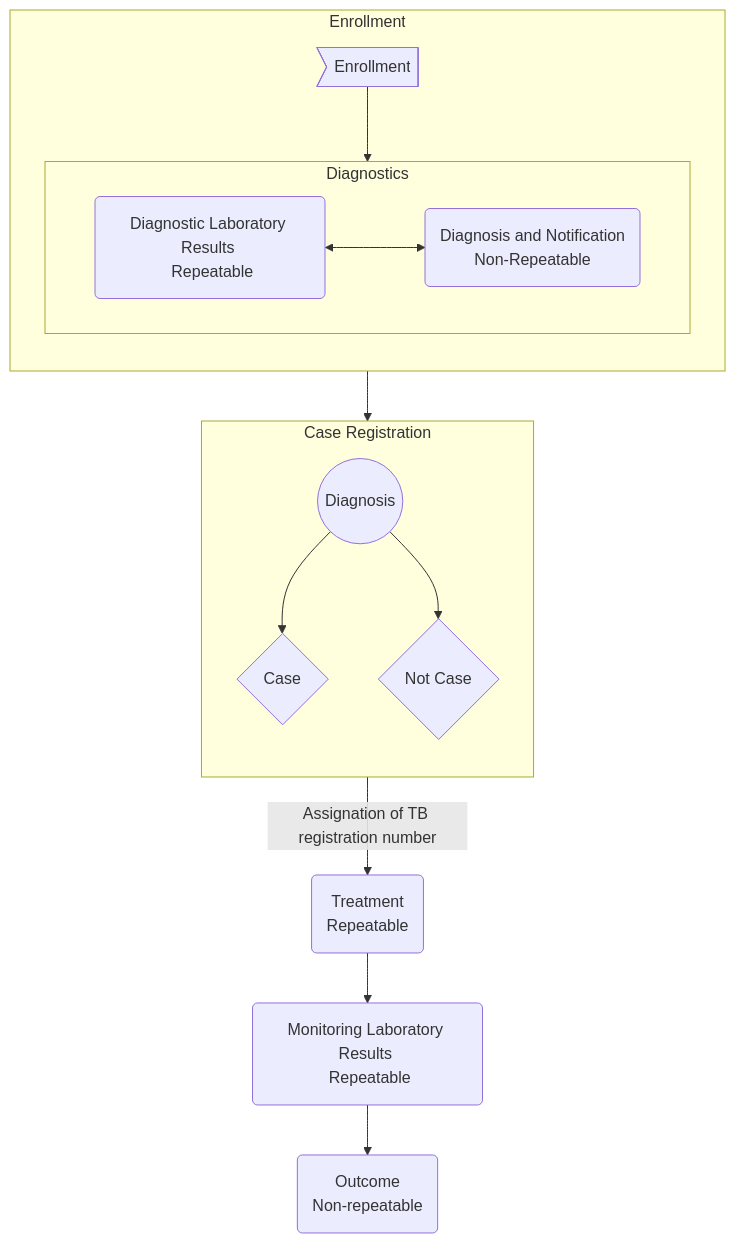
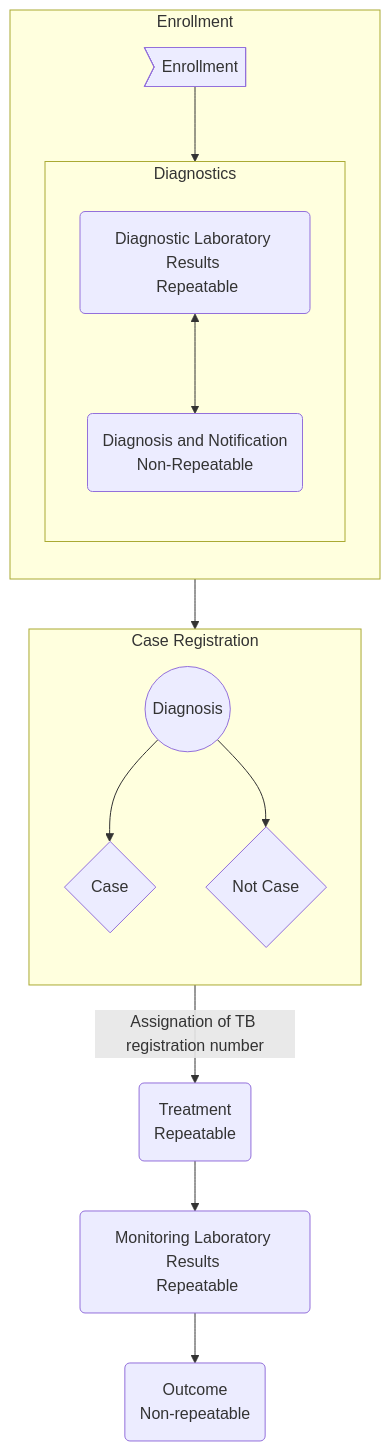
Before and after one commit to dhis2-metadata/TBCS-TB_Case_Surveillance: the diagram in docs/tb_cs-design-3.0.0.md, drawn with Mermaid.

````diff
--- a/docs/tb_cs-design-3.0.0.md
+++ b/docs/tb_cs-design-3.0.0.md
@@ -3,32 +3,32 @@
 ```mermaid
 %%{init: {'mirrorActors': false } }%%
 
 flowchart TD
   id1>Enrollment]
   id2(Diagnostic Laboratory Results <br> Repeatable)
   id3(Diagnosis and Notification <br> Non-Repeatable)
   id4((Diagnosis))
   id5{Case}
   id6{Not Case}
   id7(Treatment <br> Repeatable)
   id8(Monitoring Laboratory Results <br> Repeatable)
   id9(Outcome <br> Non-repeatable)
   subgraph Enrollment
     direction TB
     subgraph Diagnostics
-       direction LR
+       direction TD
        id2 <--> id3
     end
     id1 --> Diagnostics
   end
   subgraph Case Registration
     direction TB
     id4 --> id5
     id4 --> id6
   end
   Enrollment --> id4
   id5 -- Assignation of TB registration number --> id7
   id7 --> id8
   id8 --> id9
   
 ```
````
